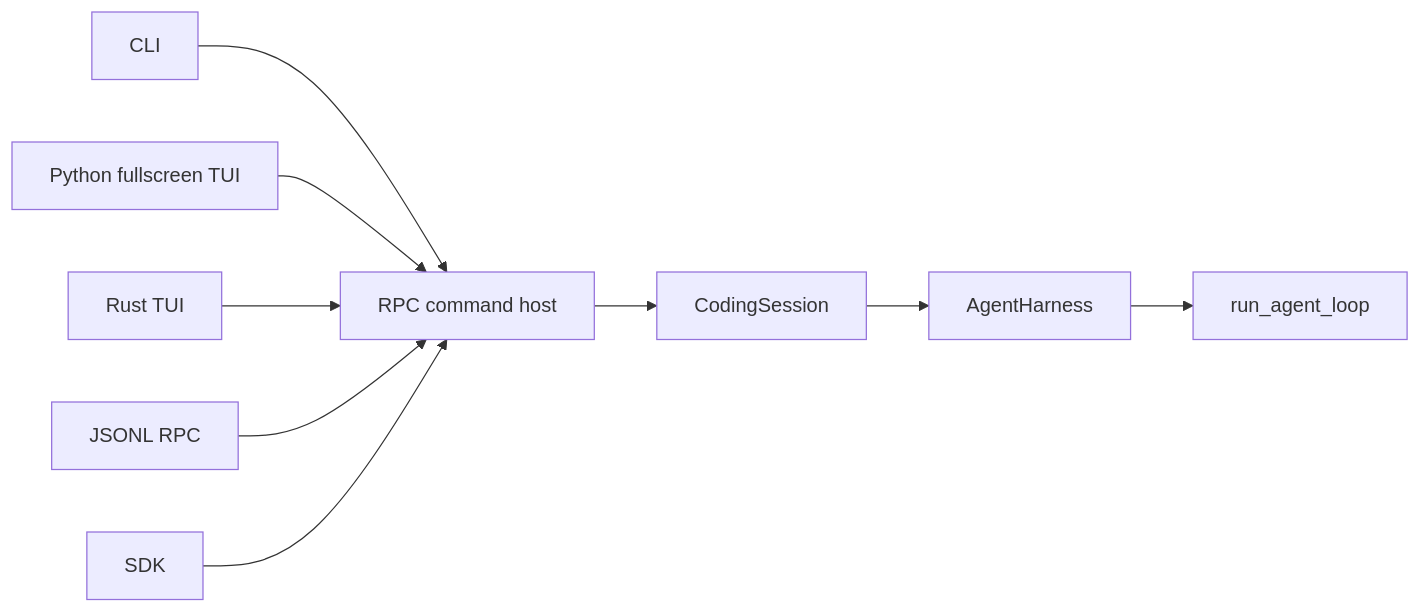
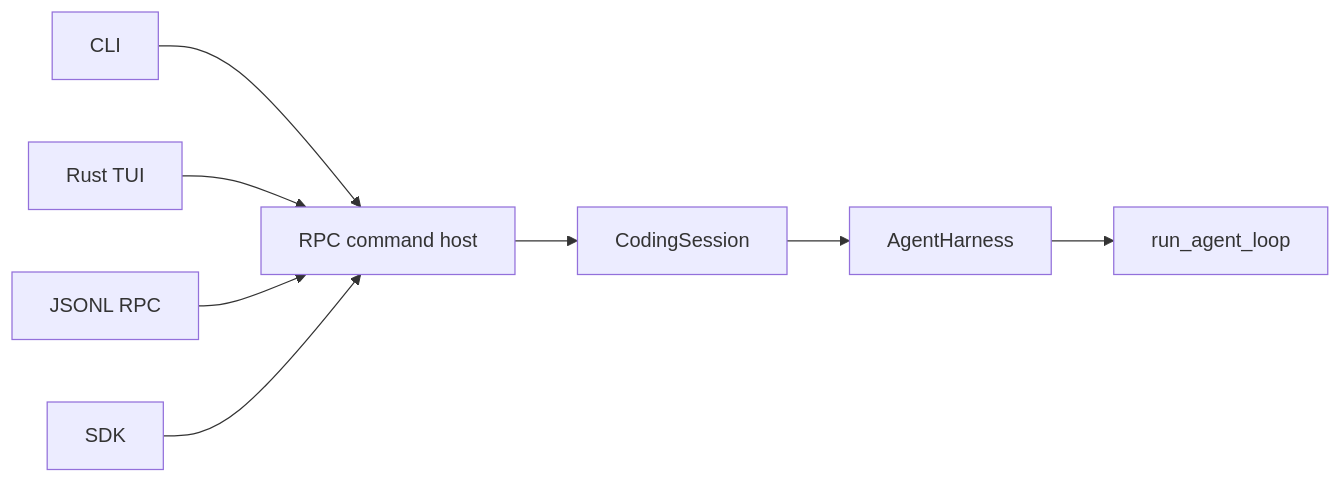
The diagram in site/architecture/index.md (whanyu1212/Wisp), drawn with Mermaid before and after one commit. The commit also changed other lines of this file and 86 other files, not shown here.

Commit message:
Retire Python terminal UI and require Rust TUI

````diff
--- a/site/architecture/index.md
+++ b/site/architecture/index.md
@@ -11,11 +11,10 @@
 ```mermaid
 flowchart LR
   CLI[CLI] --> Host
-  Fullscreen[Python fullscreen TUI] --> Host
   Rust[Rust TUI] --> Host
   RPC[JSONL RPC] --> Host
   SDK[SDK] --> Host
   Host[RPC command host] --> Session[CodingSession]
   Session --> Harness[AgentHarness]
   Harness --> Loop[run_agent_loop]
 ```
````
